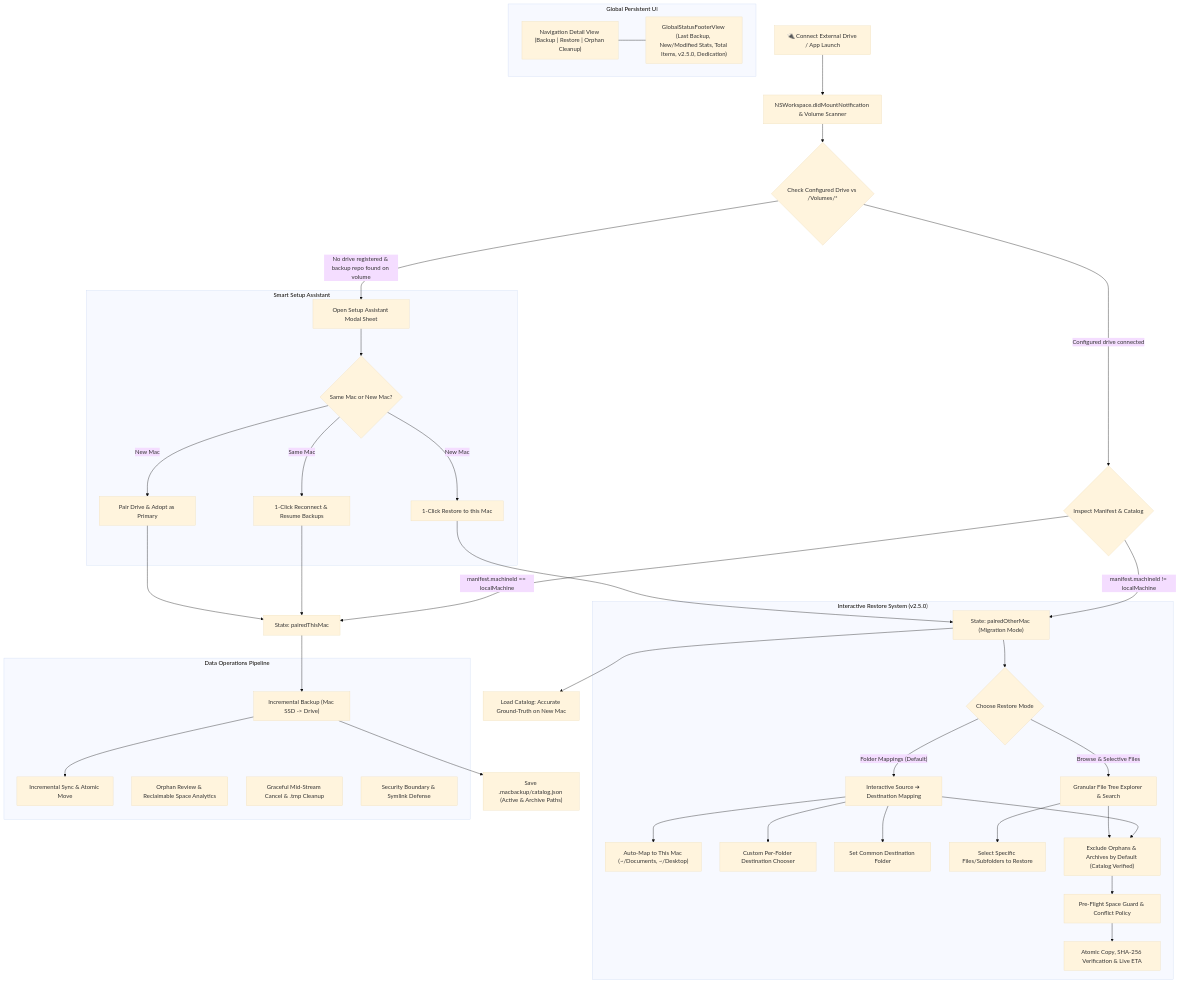
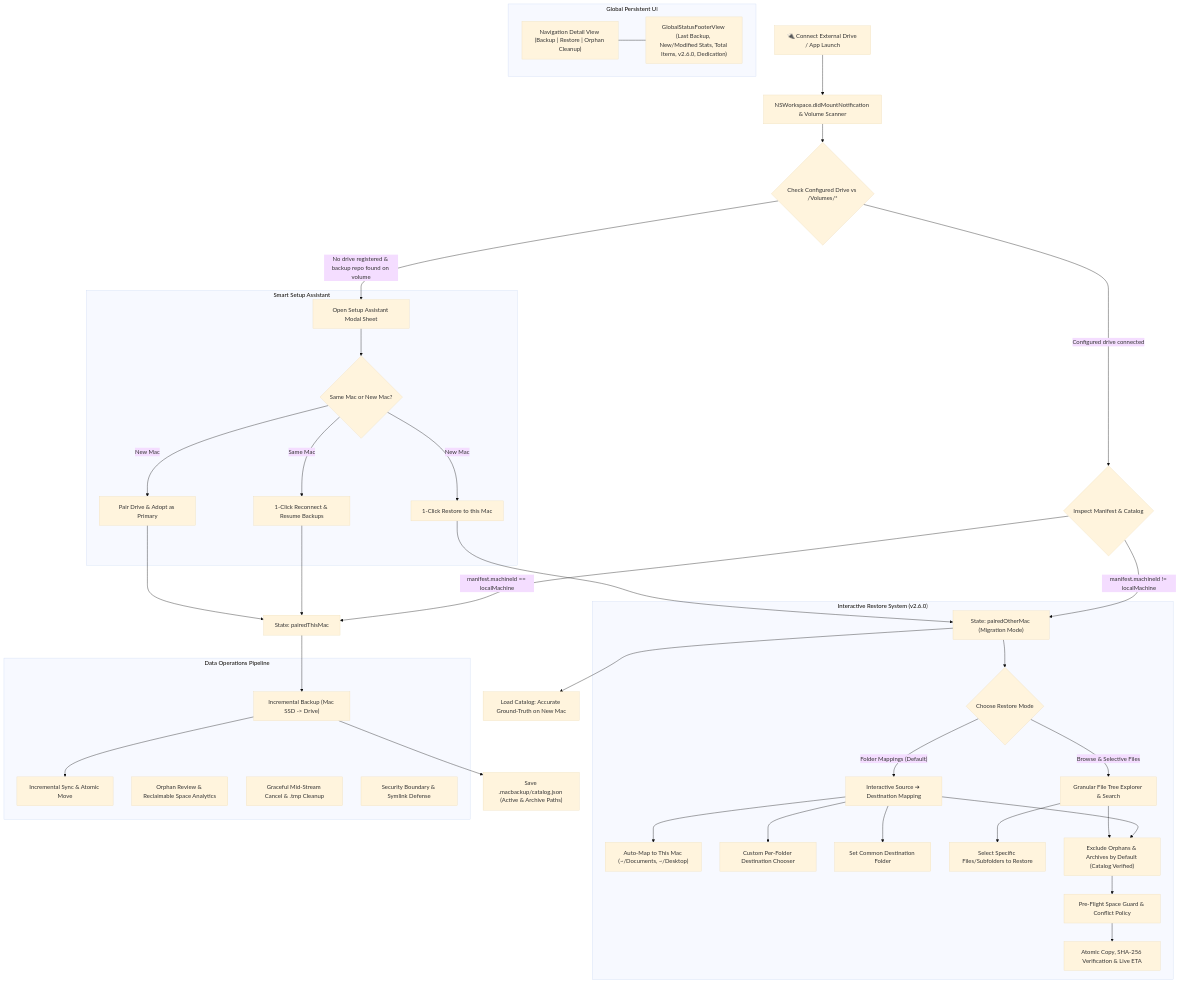
The diagram in ARCHITECTURE.md (rituparnaprof/macbackup), drawn with Mermaid (base theme) before and after one commit. The commit also changed other lines of this file and 6 other files, not shown here.

````diff
--- a/ARCHITECTURE.md
+++ b/ARCHITECTURE.md
@@ -9,54 +9,54 @@
 ```mermaid
 flowchart TD
     A["🔌 Connect External Drive / App Launch"] --> B["NSWorkspace.didMountNotification & Volume Scanner"]
     B --> C{"Check Configured Drive vs /Volumes/*"}
     
     C -- "No drive registered & backup repo found on volume" --> D["Open Setup Assistant Modal Sheet"]
     C -- "Configured drive connected" --> E{"Inspect Manifest & Catalog"}
     
     subgraph SetupAssistant ["Smart Setup Assistant"]
         D --> D1{"Same Mac or New Mac?"}
         D1 -- "Same Mac" --> D2["1-Click Reconnect & Resume Backups"]
         D1 -- "New Mac" --> D3["1-Click Restore to this Mac"]
         D1 -- "New Mac" --> D4["Pair Drive & Adopt as Primary"]
     end
     
     E -- "manifest.machineId == localMachine" --> F["State: pairedThisMac"]
     E -- "manifest.machineId != localMachine" --> G["State: pairedOtherMac (Migration Mode)"]
     
     D2 --> F
     D4 --> F
     D3 --> G
     
     F --> H["Incremental Backup (Mac SSD -> Drive)"]
     H --> CAT["Save .macbackup/catalog.json (Active & Archive Paths)"]
     G --> I["Load Catalog: Accurate Ground-Truth on New Mac"]
     
-    subgraph RestorePipeline ["Interactive Restore System (v2.5.0)"]
+    subgraph RestorePipeline ["Interactive Restore System (v2.6.0)"]
         G --> R1{"Choose Restore Mode"}
         R1 -- "Folder Mappings (Default)" --> R2["Interactive Source ➔ Destination Mapping"]
         R2 --> R3["Auto-Map to This Mac (~/Documents, ~/Desktop)"]
         R2 --> R4["Custom Per-Folder Destination Chooser"]
         R2 --> R5["Set Common Destination Folder"]
         R1 -- "Browse & Selective Files" --> R6["Granular File Tree Explorer & Search"]
         R6 --> R7["Select Specific Files/Subfolders to Restore"]
         
         R2 --> R8["Exclude Orphans & Archives by Default (Catalog Verified)"]
         R6 --> R8
         R8 --> R9["Pre-Flight Space Guard & Conflict Policy"]
         R9 --> R10["Atomic Copy, SHA-256 Verification & Live ETA"]
     end
     
     subgraph DataOperations ["Data Operations Pipeline"]
         H --> OP1["Incremental Sync & Atomic Move"]
         OP3["Orphan Review & Reclaimable Space Analytics"]
         OP4["Graceful Mid-Stream Cancel & .tmp Cleanup"]
         OP5["Security Boundary & Symlink Defense"]
     end
     
     subgraph GlobalUI ["Global Persistent UI"]
         UI1["Navigation Detail View (Backup | Restore | Orphan Cleanup)"]
-        UI2["GlobalStatusFooterView (Last Backup, New/Modified Stats, Total Items, v2.5.0, Dedication)"]
+        UI2["GlobalStatusFooterView (Last Backup, New/Modified Stats, Total Items, v2.6.0, Dedication)"]
         UI1 --- UI2
     end
 ```
````
